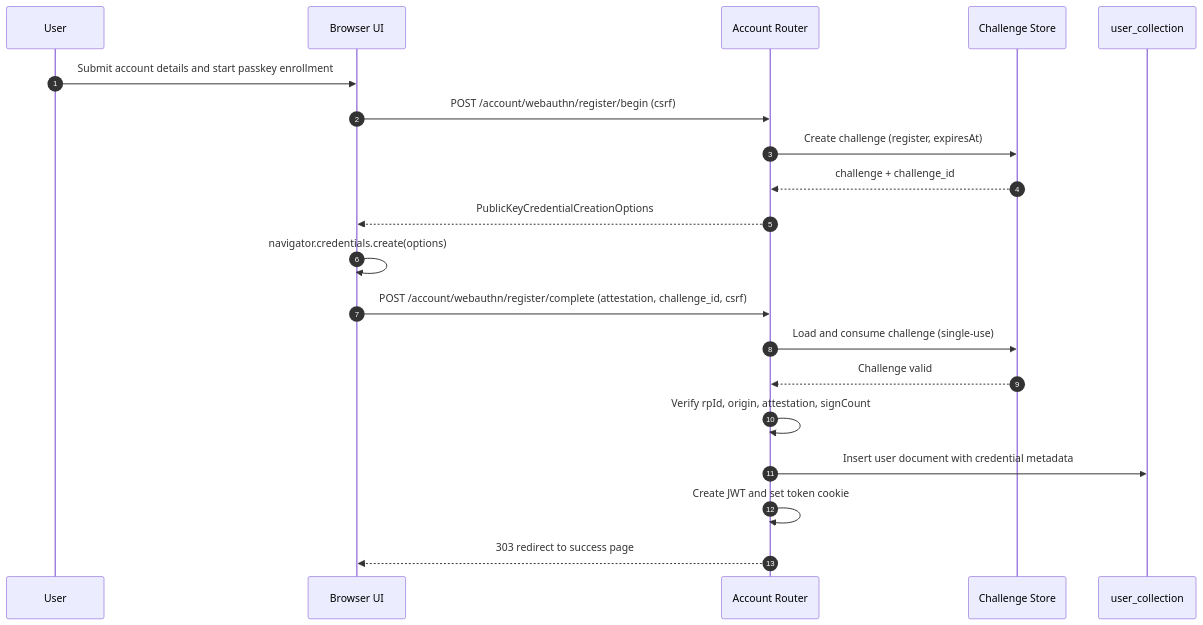
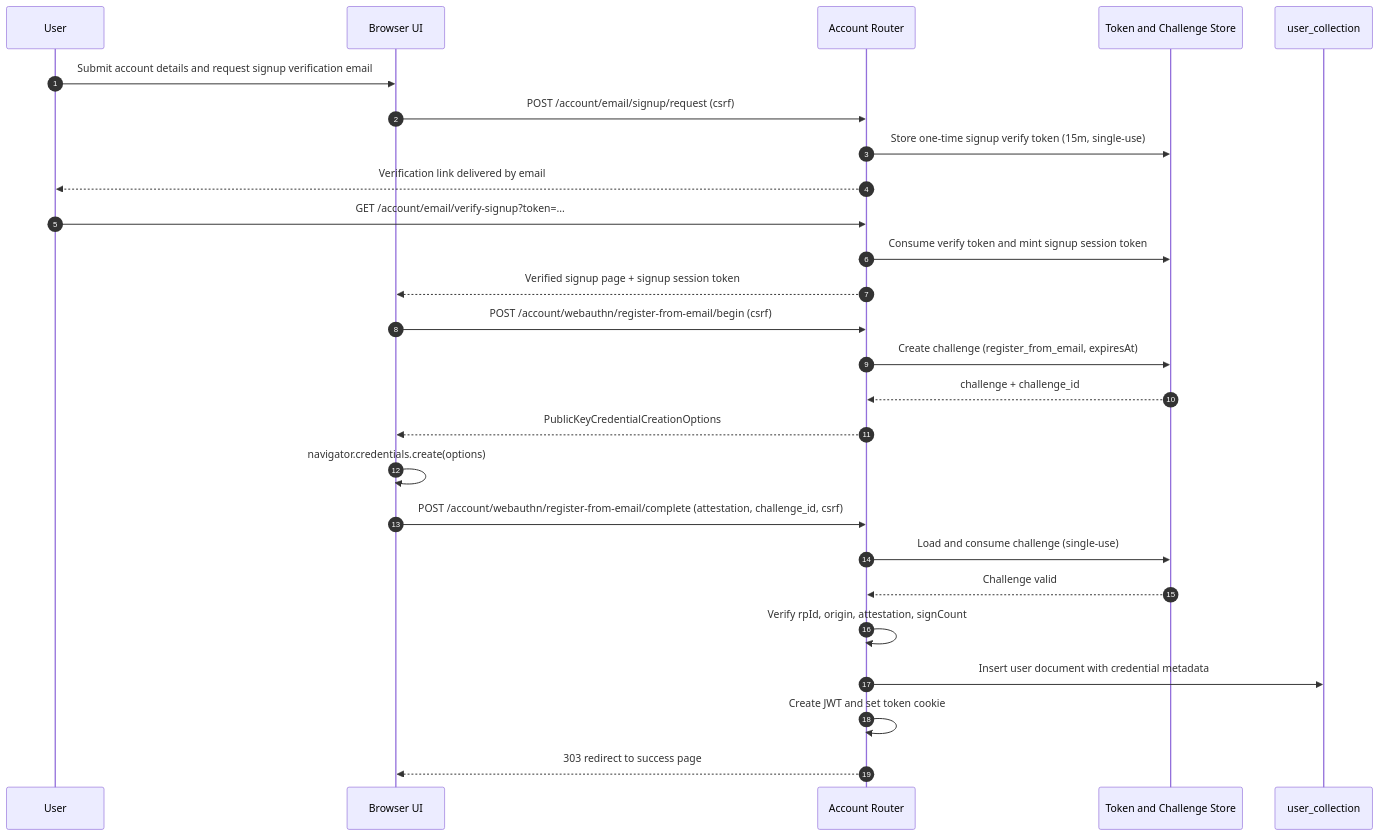
The second of 4 diagrams in design/passkeys-proposal.md (schleising/website3), drawn with Mermaid before and after one commit. The commit also changed other lines of this file and 13 other files, not shown here.

First line of the commit message:
feat: Implement email verification and recovery flow for passkey setup

````diff
--- a/design/passkeys-proposal.md
+++ b/design/passkeys-proposal.md
@@ -75,24 +75,32 @@
 ```mermaid
 sequenceDiagram
   autonumber
   participant U as User
   participant UI as Browser UI
   participant API as Account Router
-  participant CH as Challenge Store
+  participant CH as Token and Challenge Store
   participant DB as user_collection
 
-  U->>UI: Submit account details and start passkey enrollment
-  UI->>API: POST /account/webauthn/register/begin (csrf)
-  API->>CH: Create challenge (register, expiresAt)
+  U->>UI: Submit account details and request signup verification email
+  UI->>API: POST /account/email/signup/request (csrf)
+  API->>CH: Store one-time signup verify token (15m, single-use)
+  API-->>U: Verification link delivered by email
+
+  U->>API: GET /account/email/verify-signup?token=...
+  API->>CH: Consume verify token and mint signup session token
+  API-->>UI: Verified signup page + signup session token
+
+  UI->>API: POST /account/webauthn/register-from-email/begin (csrf)
+  API->>CH: Create challenge (register_from_email, expiresAt)
   CH-->>API: challenge + challenge_id
   API-->>UI: PublicKeyCredentialCreationOptions
 
   UI->>UI: navigator.credentials.create(options)
-  UI->>API: POST /account/webauthn/register/complete (attestation, challenge_id, csrf)
+  UI->>API: POST /account/webauthn/register-from-email/complete (attestation, challenge_id, csrf)
   API->>CH: Load and consume challenge (single-use)
   CH-->>API: Challenge valid
   API->>API: Verify rpId, origin, attestation, signCount
   API->>DB: Insert user document with credential metadata
   API->>API: Create JWT and set token cookie
   API-->>UI: 303 redirect to success page
 ```
````
